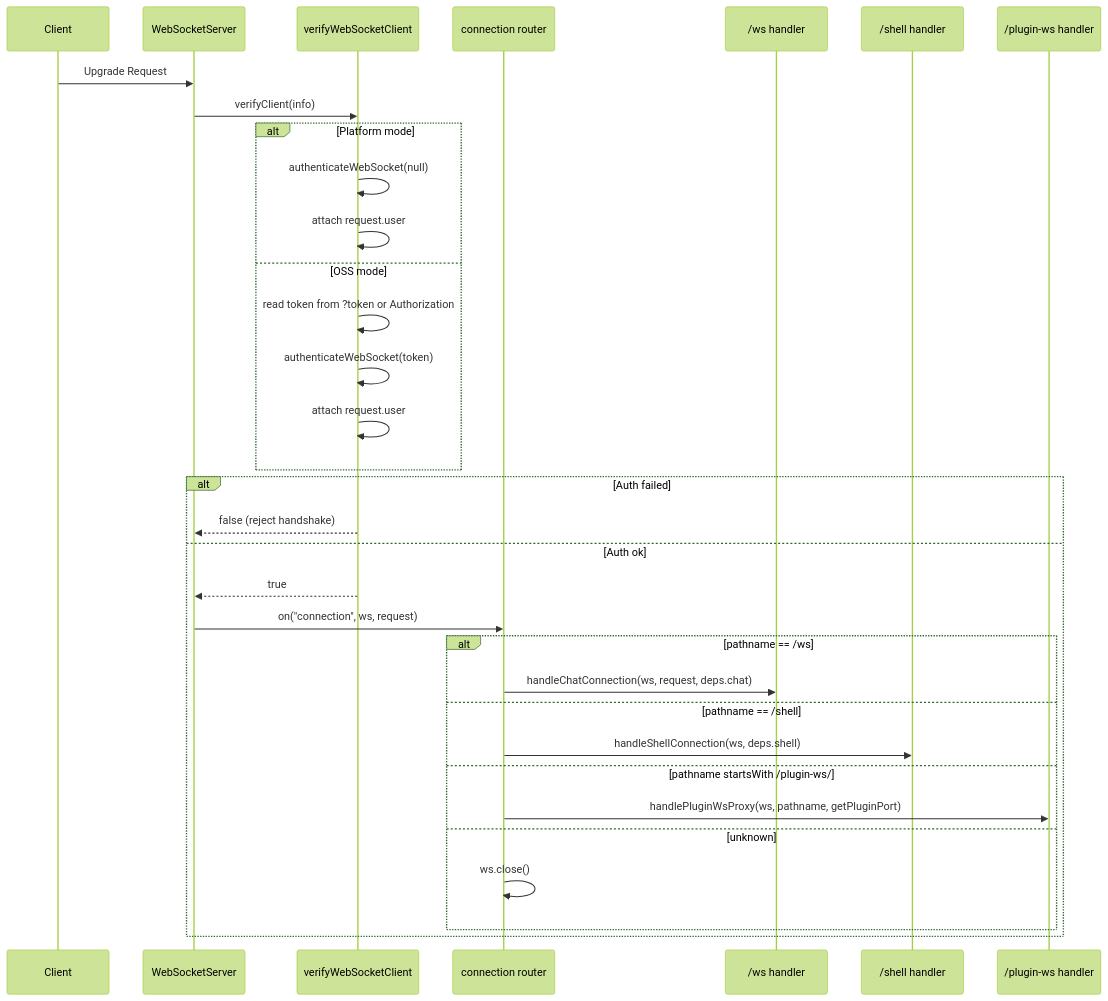
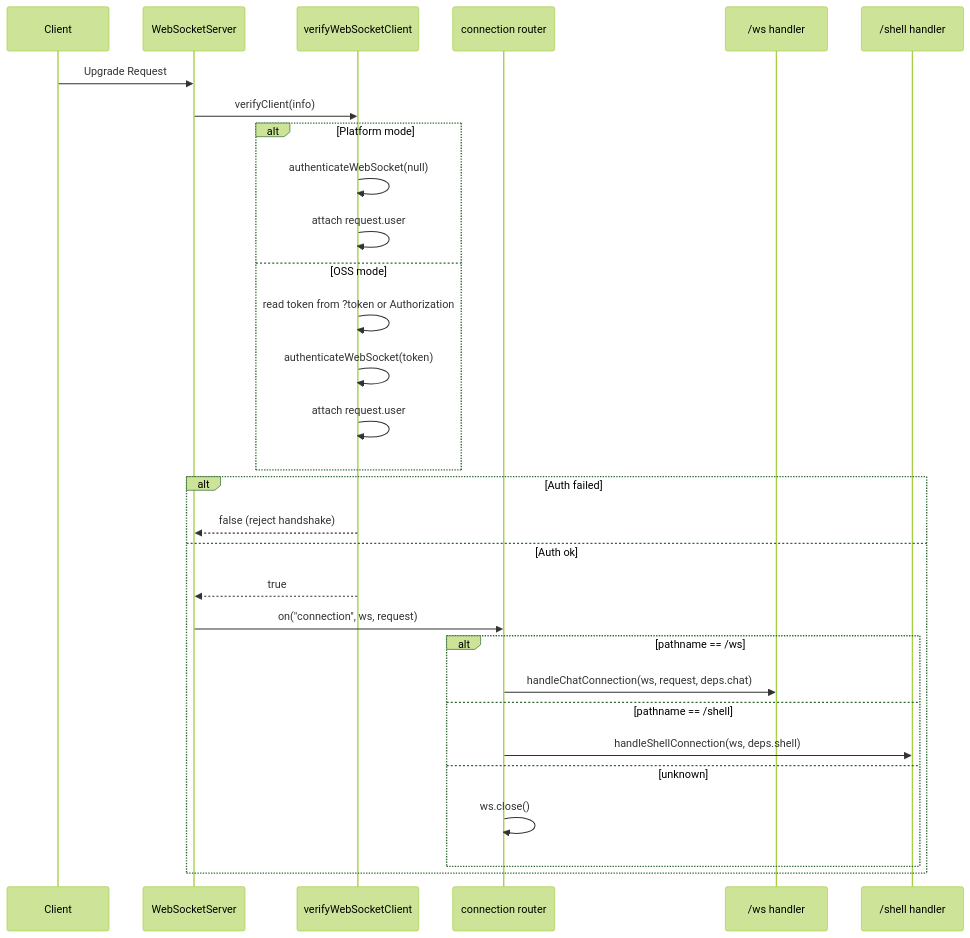
Before and after one commit to spotonroofing/cloudcli: the second of 4 diagrams in server/modules/websocket/README.md, drawn with Mermaid (forest theme). The commit also changed other lines of this file and 215 other files, not shown here.

````diff
--- a/server/modules/websocket/README.md
+++ b/server/modules/websocket/README.md
@@ -67,37 +63,34 @@
 ```mermaid
 sequenceDiagram
   participant Client
   participant WSS as WebSocketServer
   participant Auth as verifyWebSocketClient
   participant Router as connection router
   participant Chat as /ws handler
   participant Shell as /shell handler
-  participant Proxy as /plugin-ws handler
 
   Client->>WSS: Upgrade Request
   WSS->>Auth: verifyClient(info)
   alt Platform mode
     Auth->>Auth: authenticateWebSocket(null)
     Auth->>Auth: attach request.user
   else OSS mode
     Auth->>Auth: read token from ?token or Authorization
     Auth->>Auth: authenticateWebSocket(token)
     Auth->>Auth: attach request.user
   end
 
   alt Auth failed
     Auth-->>WSS: false (reject handshake)
   else Auth ok
     Auth-->>WSS: true
     WSS->>Router: on("connection", ws, request)
     alt pathname == /ws
       Router->>Chat: handleChatConnection(ws, request, deps.chat)
     else pathname == /shell
       Router->>Shell: handleShellConnection(ws, deps.shell)
-    else pathname startsWith /plugin-ws/
-      Router->>Proxy: handlePluginWsProxy(ws, pathname, getPluginPort)
     else unknown
       Router->>Router: ws.close()
     end
   end
 ```
````
